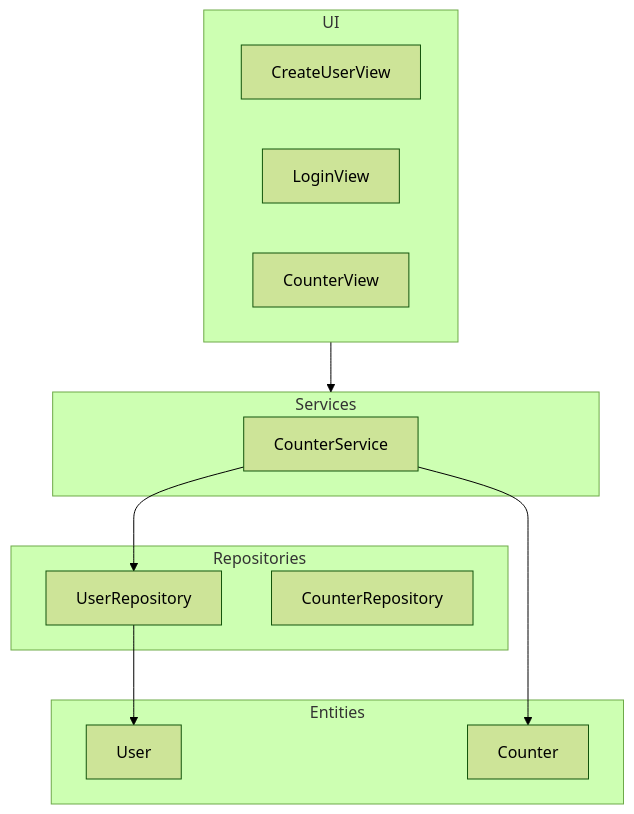
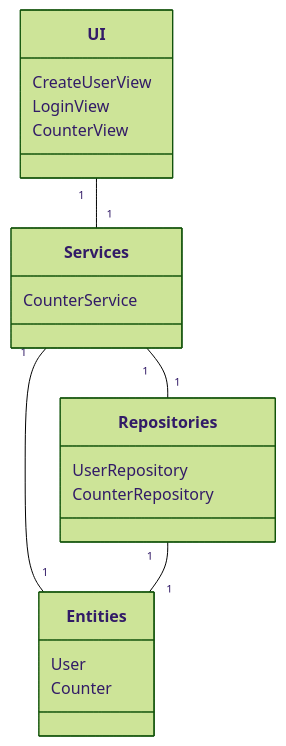
One commit to varkkha/ot-harjoitustyo changed the third of 4 diagrams in sovellus/dokumentaatio/arkkitehtuuri.md. Above: the diagram before and after it, drawn with Mermaid (forest theme). The commit also changed other lines of this file and 3 other files, not shown here.

````diff
--- a/sovellus/dokumentaatio/arkkitehtuuri.md
+++ b/sovellus/dokumentaatio/arkkitehtuuri.md
@@ -4,27 +45,28 @@
 ```mermaid
- graph TD
-    subgraph "UI"
-        U1[CreateUserView]
-        U2[LoginView]
-        U3[CounterView]
-    end
+classDiagram
+    UI "1" -- "1" Services
+    Services "1" -- "1" Repositories
+    Services "1" -- "1" Entities
+    Repositories "1" -- "1" Entities
 
-    subgraph "Services"
-        S1[CounterService]
-    end
+    class UI{
+        CreateUserView
+        LoginView
+        CounterView
+    }
 
-    subgraph "Repositories"
-        R1[UserRepository]
-        R2[CounterRepository]
-    end
+    class Services{
+        CounterService
+    }
 
-    subgraph "Entities"
-        E1[User]
-        E2[Counter]
-    end
+    class Repositories{
+        UserRepository
+        CounterRepository
+    }
 
-    UI --> Services
-    S1 --> R1
-    R1 --> E1
-    S1 --> E2
+    class Entities{
+        User
+        Counter
+    }
+
 ```
````
